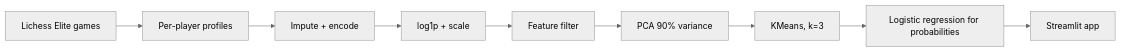
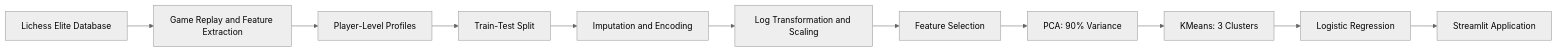
The diagram in README.md (VanshikaAsthana/AI_Chess_Player_Style_Analyser), drawn with Mermaid (neutral theme) before and after one commit. The commit also changed other lines of this file, not shown here.

````diff
--- a/README.md
+++ b/README.md
@@ -17,11 +27,13 @@
 ```mermaid
 flowchart LR
-    A[Lichess Elite games] --> B[Per-player profiles]
-    B --> C[Impute + encode]
-    C --> D[log1p + scale]
-    D --> E[Feature filter]
-    E --> F[PCA 90% variance]
-    F --> G[KMeans, k=3]
-    G --> H[Logistic regression for probabilities]
-    H --> I[Streamlit app]
+    A[Lichess Elite Database] --> B[Game Replay and Feature Extraction]
+    B --> C[Player-Level Profiles]
+    C --> D[Train-Test Split]
+    D --> E[Imputation and Encoding]
+    E --> F[Log Transformation and Scaling]
+    F --> G[Feature Selection]
+    G --> H[PCA: 90% Variance]
+    H --> I[KMeans: 3 Clusters]
+    I --> J[Logistic Regression]
+    J --> K[Streamlit Application]
 ```
````
